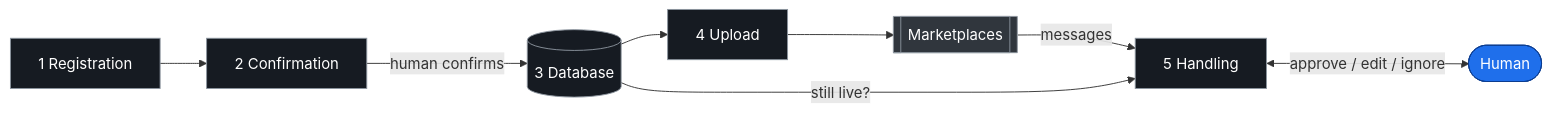
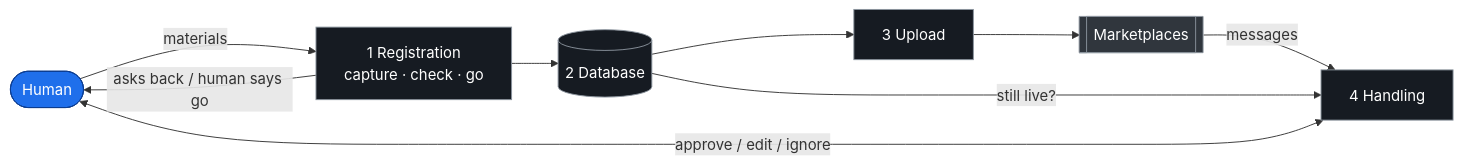
One commit to Dorten8/secondhand-ops changed the diagram in README.md. Above: the diagram before and after it, drawn with Mermaid. The commit also changed 1 other file, not shown here.

Commit message:
docs(architecture): merge confirmation into registration — four stages
Jacob caught a contradiction: section 1 claimed registration interprets
nothing, while section 2 showed the LLM checking the item and asking for gaps.
Both cannot be true, and he is right that checking whether there is enough to
proceed is part of registration — the human has to know the item is ready before
moving on.

So registration is one stage: capture -> transcribe -> extract -> completeness
check (ask back for the specific gap) -> tell the human what the listing will
become -> human says go. A record leaves the stage on the human's word, never on
the agent's confidence. Top diagram is now four stages.

Also states the two failure modes this ordering prevents (asking for fields the
marketplace does not need, and listing on a guess) and moves the required-fields
list into configuration rather than prompt text.

````diff
--- a/README.md
+++ b/README.md
@@ -51,14 +51,20 @@
 ```mermaid
 flowchart LR
     H(["Human"]):::human
-    REG["1 Registration"]:::stage --> CONF["2 Confirmation"]:::stage
-    CONF -->|"human confirms"| DB[("3 Database")]:::stage
-    DB --> UPL["4 Upload"]:::stage --> MK[["Marketplaces"]]:::ext
-    MK -->|"messages"| HAND["5 Handling"]:::stage
+    REG["1 Registration<br/>capture · check · go"]:::stage
+    DB[("2 Database")]:::stage
+    UPL["3 Upload"]:::stage
+    MK[["Marketplaces"]]:::ext
+    HAND["4 Handling"]:::stage
+
+    H -->|materials| REG
+    REG -->|"asks back / human says go"| H
+    REG --> DB --> UPL --> MK
+    MK -->|messages| HAND
     DB -->|"still live?"| HAND
     HAND <-->|"approve / edit / ignore"| H
 
     classDef human fill:#1f6feb,stroke:#0b3d91,color:#fff
     classDef stage fill:#161b22,stroke:#8b949e,color:#fff
     classDef ext fill:#30363d,stroke:#8b949e,color:#fff
 ```
````
